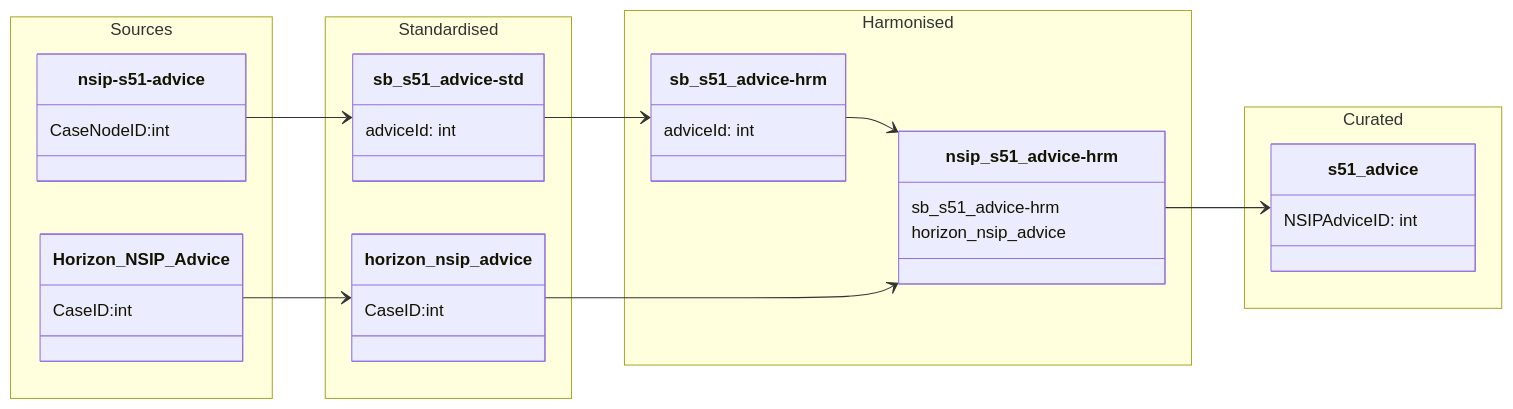
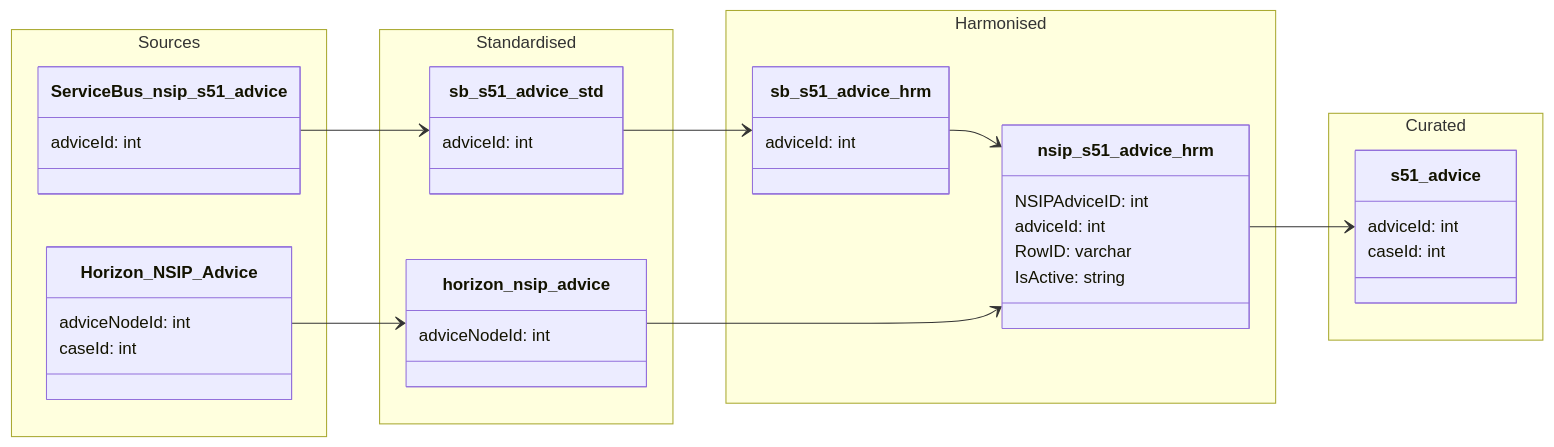
One commit to Planning-Inspectorate/odw-synapse-workspace changed the diagram in data-models/nsip-s51-advice.md. Above: the diagram before and after it, drawn with Mermaid. The commit also changed other lines of this file, not shown here.

````diff
--- a/data-models/nsip-s51-advice.md
+++ b/data-models/nsip-s51-advice.md
@@ -7,61 +7,63 @@
 ```mermaid
-
 classDiagram
-
     direction LR
 
     namespace Sources {
 
-        class Horizon_NSIP_Advice {
-            CaseID:int
+        class ServiceBus_nsip_s51_advice {
+            adviceId: int
         }
 
-        class nsip-s51-advice{
-            CaseNodeID:int
+        class Horizon_NSIP_Advice {
+            adviceNodeId: int
+            caseId: int
         }
 
+    }
 
-    }
-    
     namespace Standardised {
 
-        class horizon_nsip_advice {
-             CaseID:int
+        class sb_s51_advice_std {
+            adviceId: int
         }
 
-        class sb_s51_advice-std {
-            adviceId: int
+        class horizon_nsip_advice {
+            adviceNodeId: int
         }
 
     }
 
     namespace Harmonised {
 
-        class nsip_s51_advice-hrm {
-            sb_s51_advice-hrm 
-            horizon_nsip_advice
+        class sb_s51_advice_hrm {
+            adviceId: int
         }
 
-        class sb_s51_advice-hrm {
+        class nsip_s51_advice_hrm {
+            NSIPAdviceID: int
             adviceId: int
+            RowID: varchar
+            IsActive: string
         }
-    
+
     }
 
     namespace Curated {
 
         class s51_advice {
-            NSIPAdviceID: int
+            adviceId: int
+            caseId: int
         }
+
     }
 
+    `ServiceBus_nsip_s51_advice` --> `sb_s51_advice_std`
+    `sb_s51_advice_std` --> `sb_s51_advice_hrm`
 
-`nsip-s51-advice` --> `sb_s51_advice-std`
-`sb_s51_advice-std` --> `sb_s51_advice-hrm`
-`sb_s51_advice-hrm` --> `nsip_s51_advice-hrm`
-`nsip_s51_advice-hrm` --> `s51_advice`
+    `Horizon_NSIP_Advice` --> `horizon_nsip_advice`
 
-`Horizon_NSIP_Advice` --> `horizon_nsip_advice`
-`horizon_nsip_advice` --> `nsip_s51_advice-hrm`
+    `sb_s51_advice_hrm` --> `nsip_s51_advice_hrm`
+    `horizon_nsip_advice` --> `nsip_s51_advice_hrm`
 
+    `nsip_s51_advice_hrm` --> `s51_advice`
 ```
````
